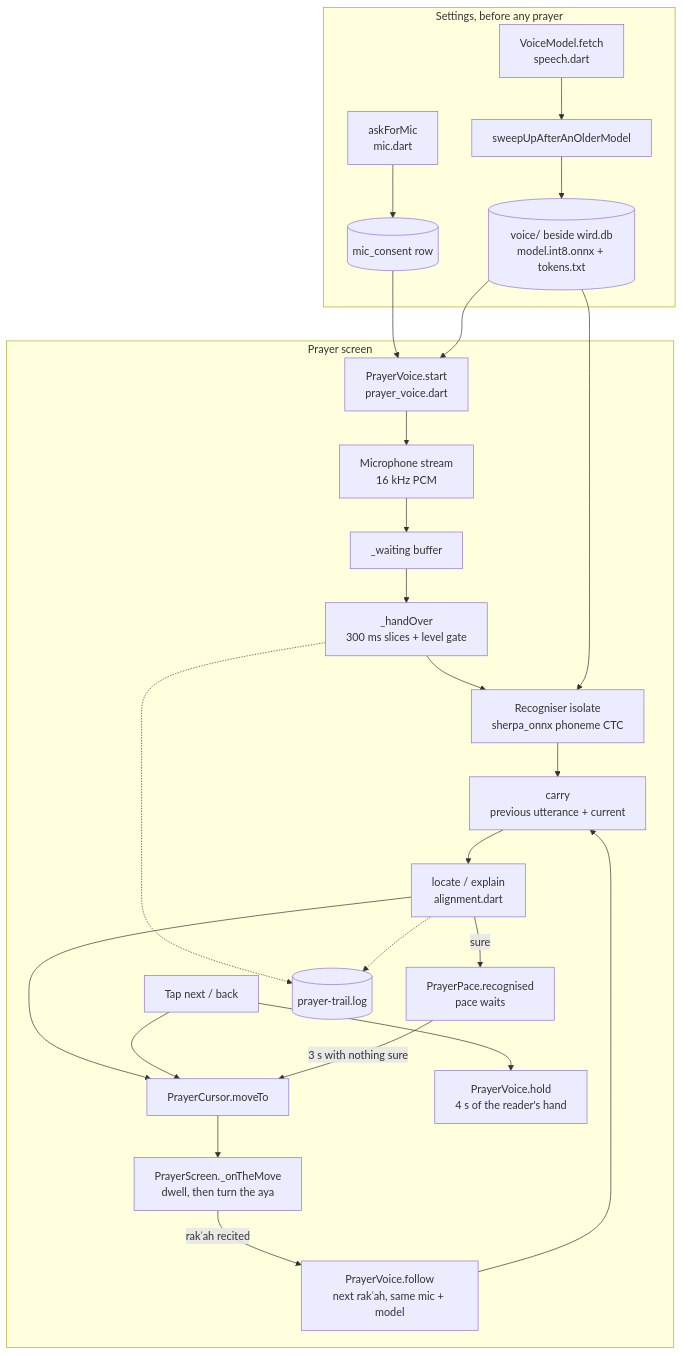
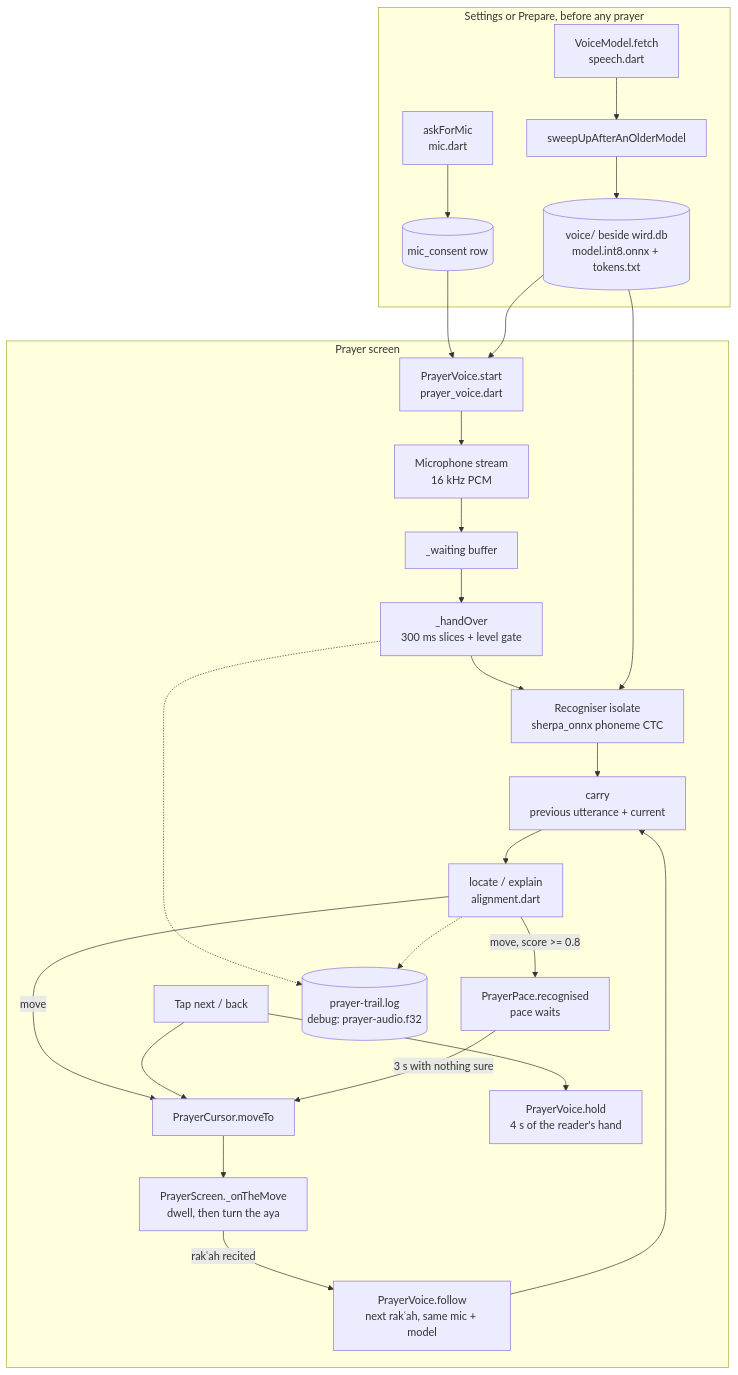
The third of 8 diagrams in docs/architecture/app/voice-follow.md (MohammadBnei/wird), drawn with Mermaid before and after one commit. The commit also changed other lines of this file and 8 other files, not shown here.

````diff
--- a/docs/architecture/app/voice-follow.md
+++ b/docs/architecture/app/voice-follow.md
@@ -60,29 +61,29 @@
 ```mermaid
 flowchart TB
-  subgraph settings["Settings, before any prayer"]
+  subgraph settings["Settings or Prepare, before any prayer"]
     ask["askForMic<br/>mic.dart"] --> consent[("mic_consent row")]
     fetch["VoiceModel.fetch<br/>speech.dart"] --> sweep["sweepUpAfterAnOlderModel"]
     sweep --> files[("voice/ beside wird.db<br/>model.int8.onnx + tokens.txt")]
   end
   subgraph prayer["Prayer screen"]
     start["PrayerVoice.start<br/>prayer_voice.dart"] --> micopen["Microphone stream<br/>16 kHz PCM"]
     micopen --> waiting["_waiting buffer"]
     waiting --> drain["_handOver<br/>300 ms slices + level gate"]
     drain --> iso["Recogniser isolate<br/>sherpa_onnx phoneme CTC"]
     iso --> carry["carry<br/>previous utterance + current"]
     carry --> locate["locate / explain<br/>alignment.dart"]
-    locate --> cursor["PrayerCursor.moveTo"]
+    locate -->|"move"| cursor["PrayerCursor.moveTo"]
     cursor --> screen["PrayerScreen._onTheMove<br/>dwell, then turn the aya"]
     tap["Tap next / back"] --> cursor
     tap --> hold["PrayerVoice.hold<br/>4 s of the reader's hand"]
-    locate -->|"sure"| pace["PrayerPace.recognised<br/>pace waits"]
+    locate -->|"move, score >= 0.8"| pace["PrayerPace.recognised<br/>pace waits"]
     pace -->|"3 s with nothing sure"| cursor
     screen -->|"rakʿah recited"| follow["PrayerVoice.follow<br/>next rakʿah, same mic + model"]
     follow --> carry
-    drain -.-> trail[("prayer-trail.log")]
+    drain -.-> trail[("prayer-trail.log<br/>debug: prayer-audio.f32")]
     locate -.-> trail
   end
   consent --> start
   files --> start
   files --> iso
 ```
````
